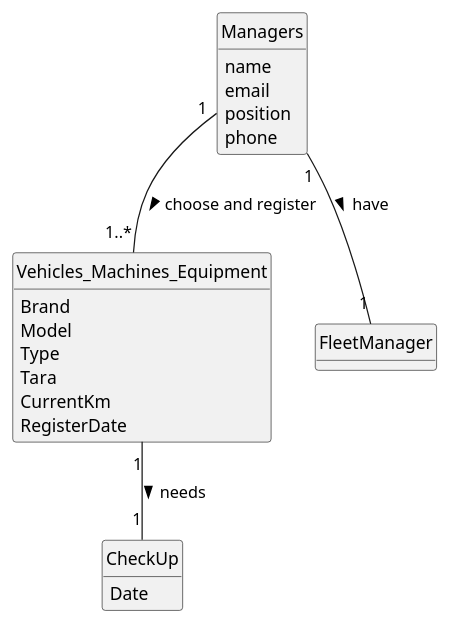
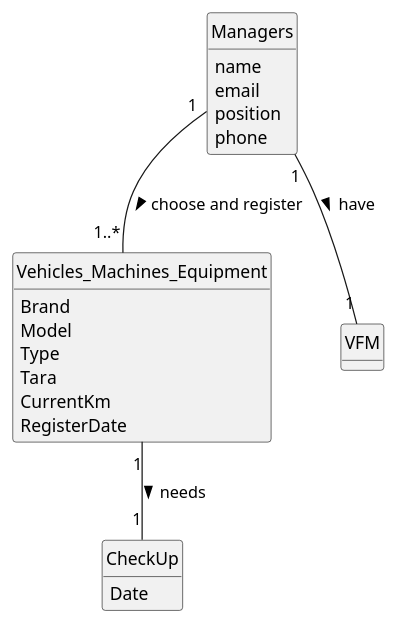
One commit to Departamento-de-Engenharia-Informatica/lei-24-s2-1df-1de-g063 changed the diagram in docs/sprintA/us008/02.analysis/puml/us008-domain-model.puml. Above: the diagram before and after it, drawn with PlantUML. The commit also changed 18 other files, not shown here.

```diff
--- a/docs/sprintA/us008/02.analysis/puml/us008-domain-model.puml
+++ b/docs/sprintA/us008/02.analysis/puml/us008-domain-model.puml
@@ -1,41 +1,41 @@
 @startuml
 skinparam monochrome true
 skinparam packageStyle rectangle
 skinparam shadowing false
 skinparam monochrome true
 skinparam packageStyle rectangle
 skinparam shadowing false
 'skinparam linetype ortho
 'left to right direction
 skinparam classAttributeIconSize 0
 hide circle
 hide methods
 
 
 class Vehicles_Machines_Equipment{
  Brand
   Model
   Type
   Tara
   CurrentKm
   RegisterDate
 }
 
-class FleetManager {
+class VFM {
 }
 
 class CheckUp {
   Date
 }
 
 class Managers {
     name
     email
     position
     phone
 }
 
-Managers "1" -- "1" FleetManager : have >
+Managers "1" -- "1" VFM : have >
 Vehicles_Machines_Equipment "1" -- "1" CheckUp : needs >
 Managers "1" -- "1..*" Vehicles_Machines_Equipment : choose and register >
 @enduml
```
